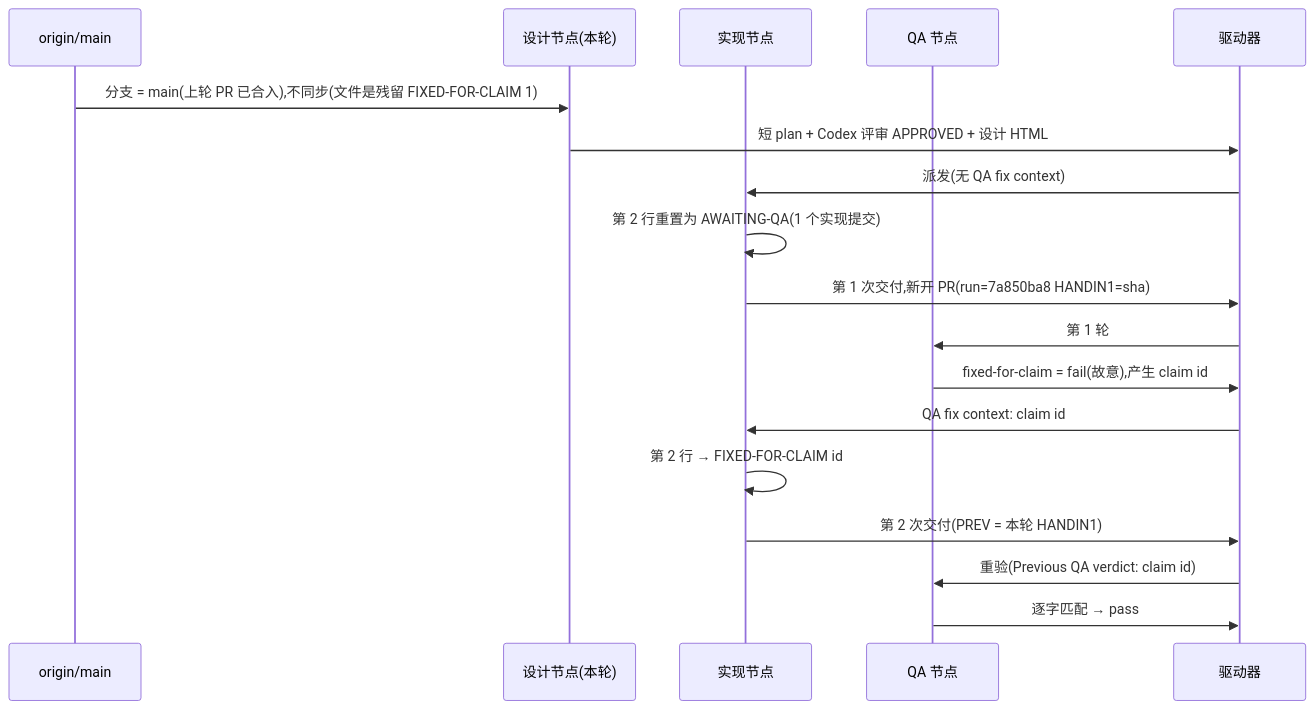
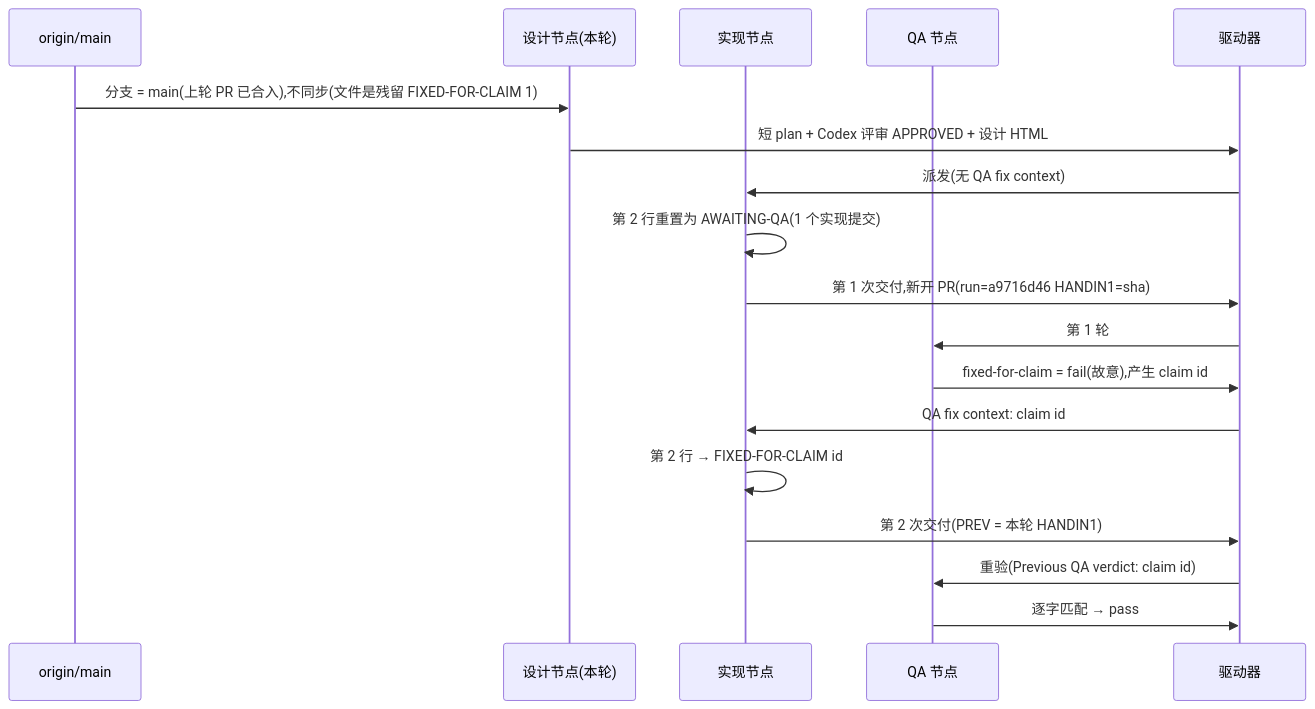
One commit to xrliAnnie/flywheel-qa-sandbox changed the diagram in engineering/doc/FLY-3150-real-runner-drill/d1-core-flow.mmd. Above: the diagram before and after it, drawn with Mermaid. The commit also changed 5 other files, not shown here.

```diff
--- a/engineering/doc/FLY-3150-real-runner-drill/d1-core-flow.mmd
+++ b/engineering/doc/FLY-3150-real-runner-drill/d1-core-flow.mmd
@@ -1,18 +1,18 @@
 sequenceDiagram
     participant M as origin/main
     participant S as 设计节点(本轮)
     participant I as 实现节点
     participant Q as QA 节点
     participant D as 驱动器
     M->>S: 分支 = main(上轮 PR 已合入),不同步(文件是残留 FIXED-FOR-CLAIM 1)
     S->>D: 短 plan + Codex 评审 APPROVED + 设计 HTML
     D->>I: 派发(无 QA fix context)
     I->>I: 第 2 行重置为 AWAITING-QA(1 个实现提交)
-    I->>D: 第 1 次交付,新开 PR(run=7a850ba8 HANDIN1=sha)
+    I->>D: 第 1 次交付,新开 PR(run=a9716d46 HANDIN1=sha)
     D->>Q: 第 1 轮
     Q->>D: fixed-for-claim = fail(故意),产生 claim id
     D->>I: QA fix context: claim id
     I->>I: 第 2 行 → FIXED-FOR-CLAIM id
     I->>D: 第 2 次交付(PREV = 本轮 HANDIN1)
     D->>Q: 重验(Previous QA verdict: claim id)
     Q->>D: 逐字匹配 → pass
```
